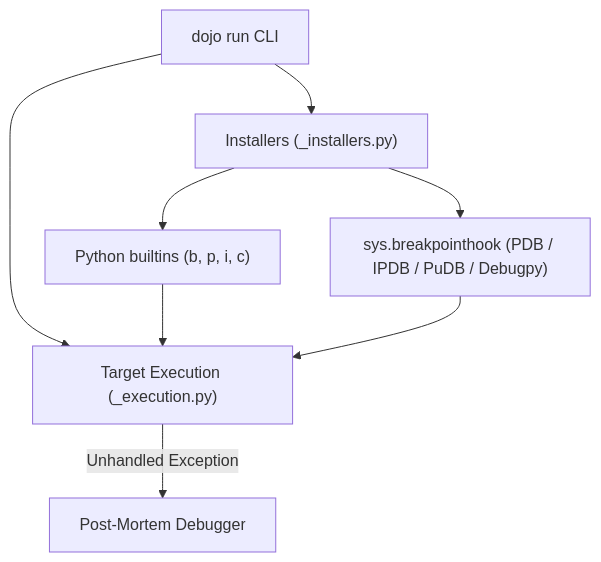
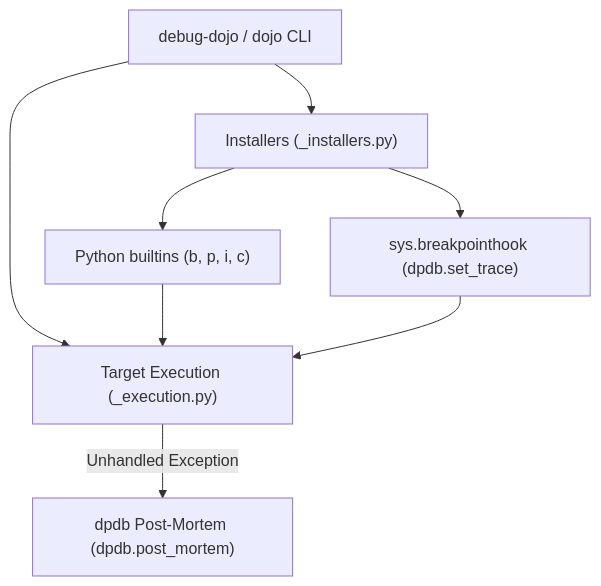
The first of 3 diagrams in docs/getting-started.md (bwrob/debug-dojo), drawn with Mermaid before and after one commit. The commit also changed other lines of this file and 30 other files, not shown here.

First line of the commit message:
feat: pivot to standalone dpdb debugger and opinionated runner (#147)

````diff
--- a/docs/getting-started.md
+++ b/docs/getting-started.md
@@ -153,10 +153,10 @@
 ```mermaid
 flowchart TD
-    CLI["dojo run CLI"] --> INSTALLER["Installers (_installers.py)"]
+    CLI["debug-dojo / dojo CLI"] --> INSTALLER["Installers (_installers.py)"]
     INSTALLER --> BUILTINS["Python builtins (b, p, i, c)"]
-    INSTALLER --> HOOK["sys.breakpointhook (PDB / IPDB / PuDB / Debugpy)"]
+    INSTALLER --> HOOK["sys.breakpointhook (dpdb.set_trace)"]
     CLI --> EXEC["Target Execution (_execution.py)"]
     BUILTINS --> EXEC
     HOOK --> EXEC
-    EXEC -->|Unhandled Exception| PM["Post-Mortem Debugger"]
+    EXEC -->|Unhandled Exception| PM["dpdb Post-Mortem (dpdb.post_mortem)"]
 ```
````
